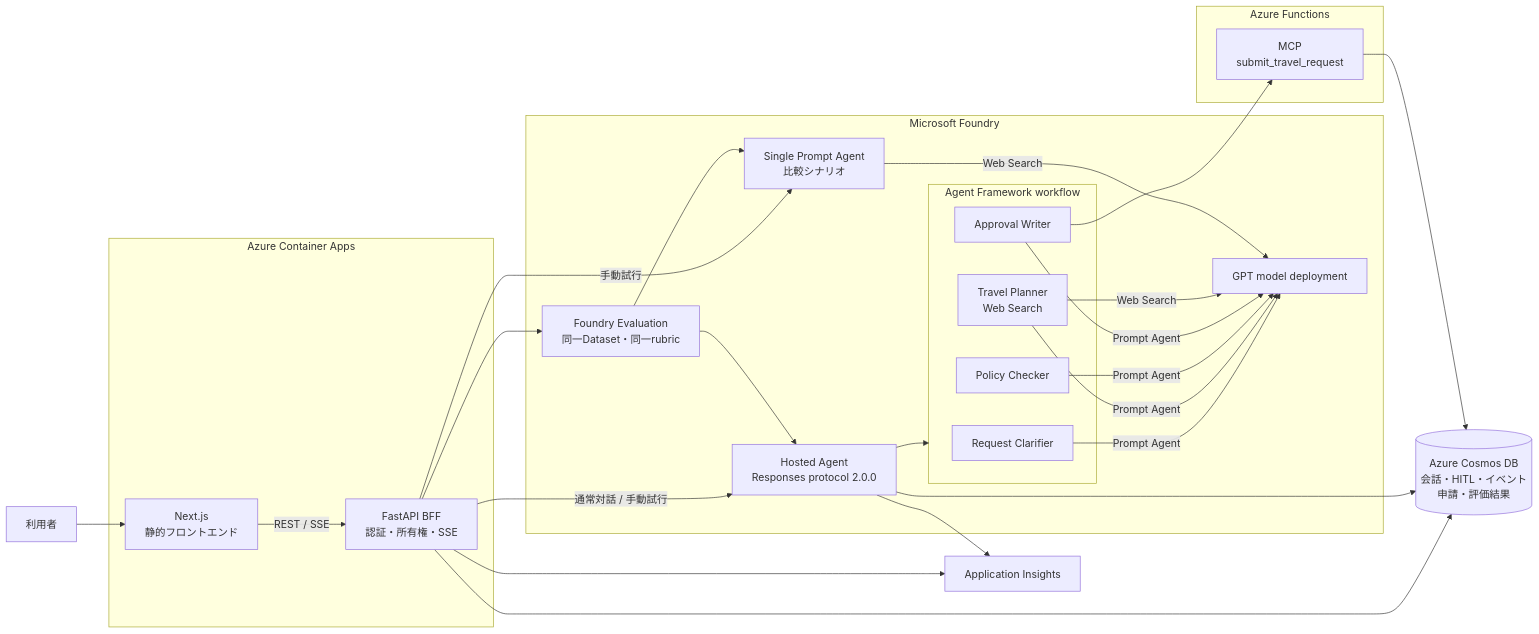
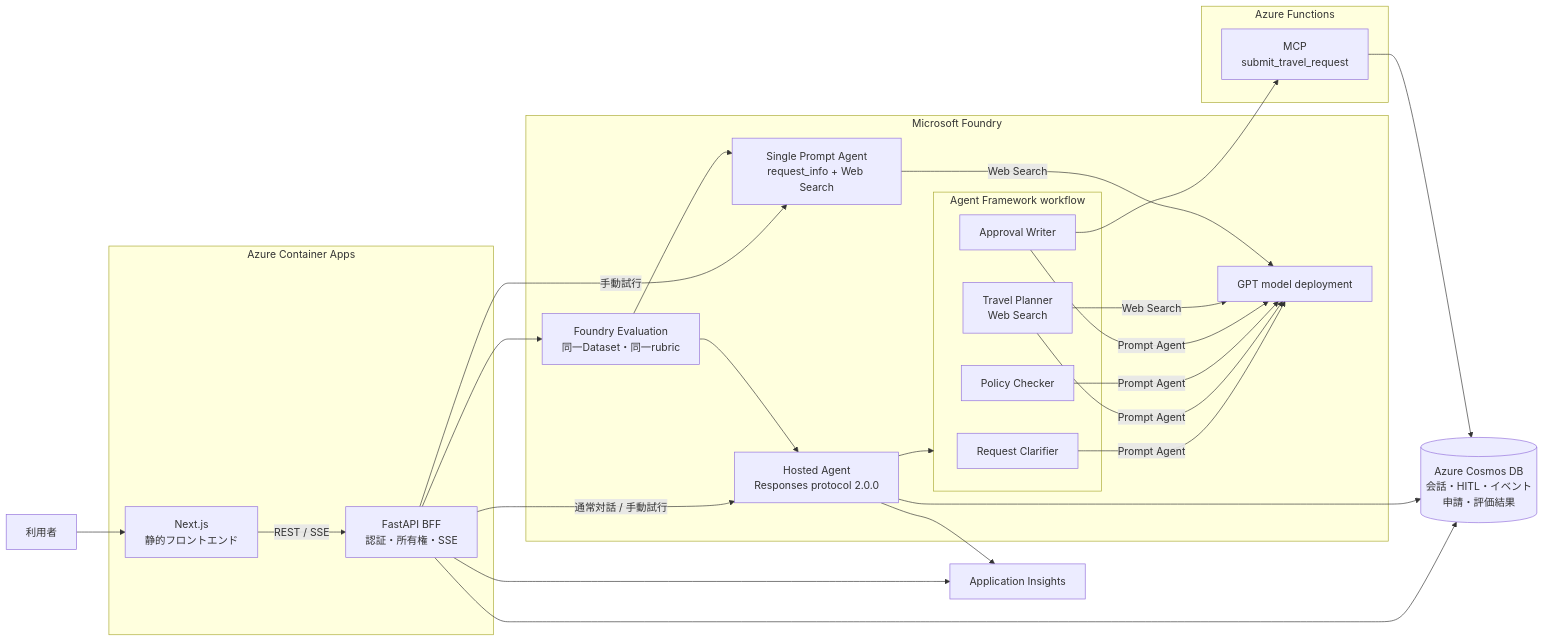
Before and after one commit to teshi22/grobal_azure_demo: the first of 2 diagrams in README.md, drawn with Mermaid. The commit also changed other lines of this file and 34 other files, not shown here.

````diff
--- a/README.md
+++ b/README.md
@@ -11,46 +11,46 @@
 ```mermaid
 flowchart LR
     User["利用者"]
 
     subgraph CA["Azure Container Apps"]
         Web["Next.js<br/>静的フロントエンド"]
         BFF["FastAPI BFF<br/>認証・所有権・SSE"]
     end
 
     subgraph Foundry["Microsoft Foundry"]
         Host["Hosted Agent<br/>Responses protocol 2.0.0"]
         subgraph AF["Agent Framework workflow"]
             Clarifier["Request Clarifier"]
             Planner["Travel Planner<br/>Web Search"]
             Policy["Policy Checker"]
             Writer["Approval Writer"]
         end
-        Single["Single Prompt Agent<br/>比較シナリオ"]
+        Single["Single Prompt Agent<br/>request_info + Web Search"]
         Evaluation["Foundry Evaluation<br/>同一Dataset・同一rubric"]
         Model["GPT model deployment"]
     end
 
     subgraph Function["Azure Functions"]
         MCP["MCP<br/>submit_travel_request"]
     end
 
     Cosmos[("Azure Cosmos DB<br/>会話・HITL・イベント<br/>申請・評価結果")]
     Insights["Application Insights"]
 
     User --> Web
     Web -->|"REST / SSE"| BFF
     BFF -->|"通常対話 / 手動試行"| Host
     BFF -->|"手動試行"| Single
     Host --> AF
     Clarifier & Planner & Policy & Writer -->|"Prompt Agent"| Model
     Planner -->|"Web Search"| Model
     BFF --> Evaluation
     Evaluation --> Host
     Evaluation --> Single
     Single -->|"Web Search"| Model
     Writer --> MCP
     BFF --> Cosmos
     Host --> Cosmos
     MCP --> Cosmos
     BFF & Host --> Insights
 ```
````
